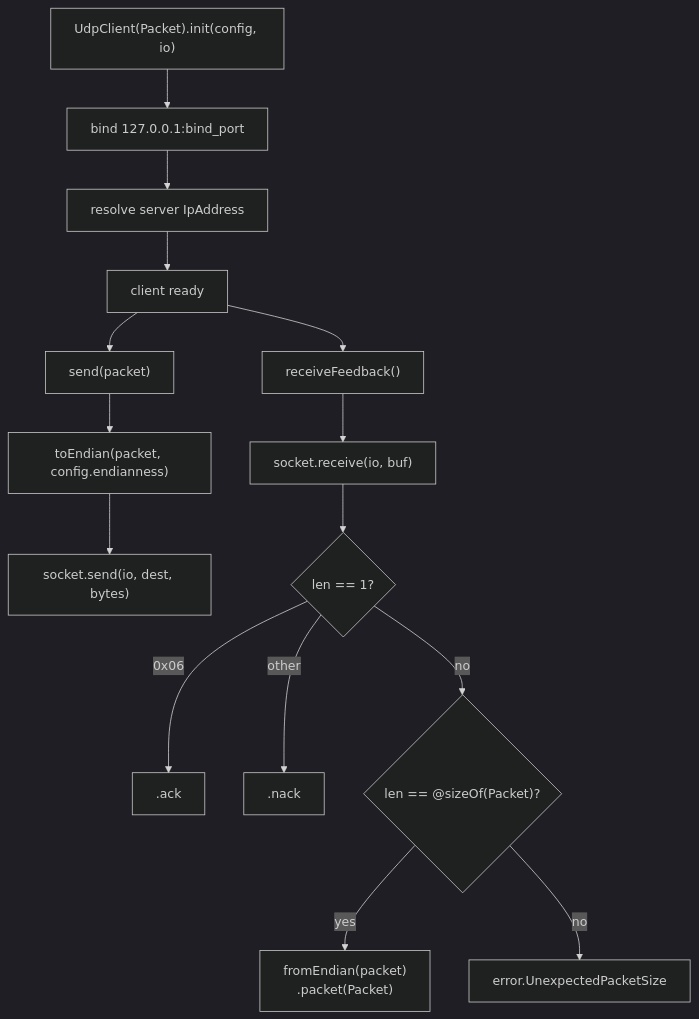
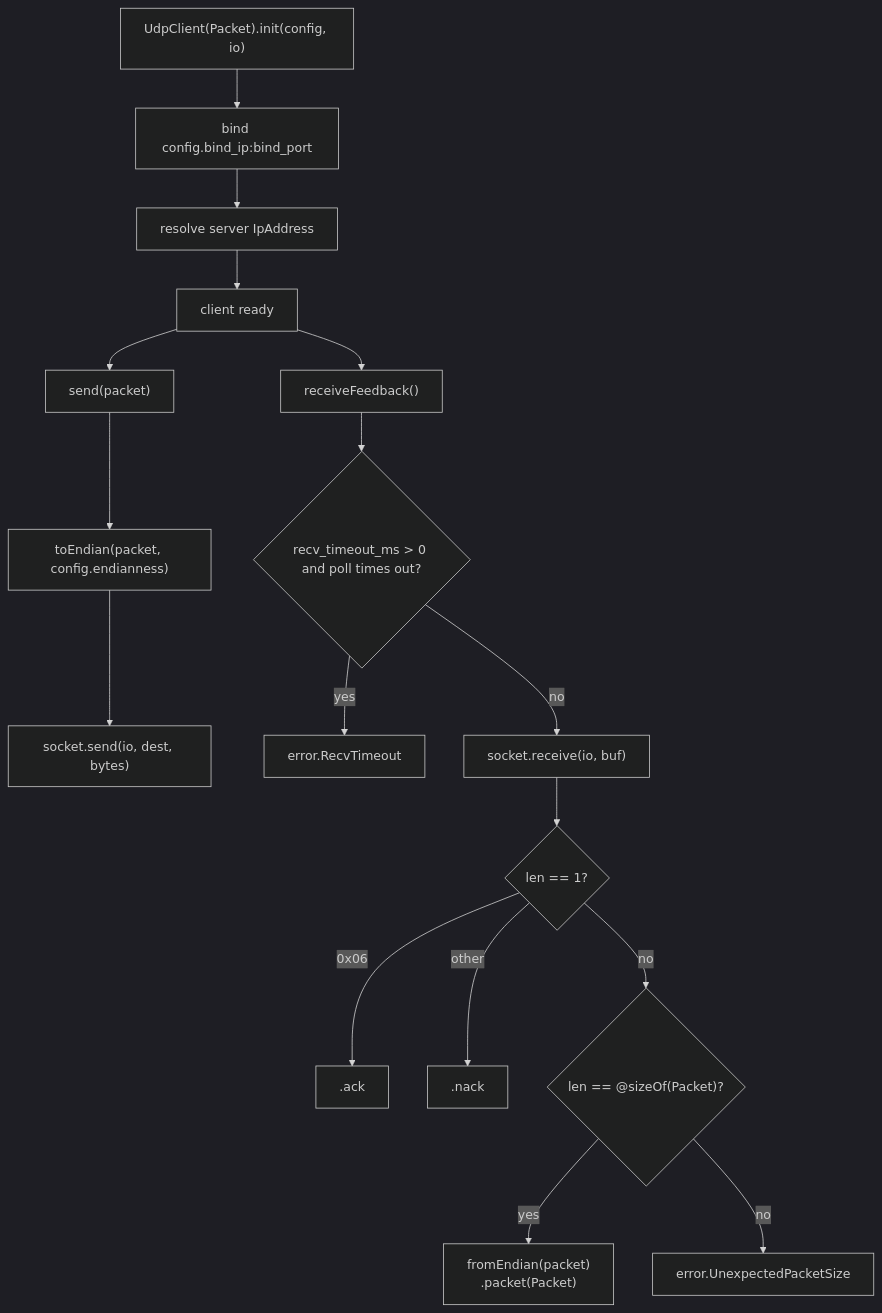
The second of 5 diagrams in docs/hld-udp-en.md (prothegee/zix), drawn with Mermaid (dark theme) before and after one commit. The commit also changed other lines of this file and 1 other file, not shown here.

Commit message:
fix stale UdpClientConfig in udp HLD
edited:
- rename server_ip to ip
- add bind_ip and recv_timeout_ms fields
- bind uses config.bind_ip, receiveFeedback poll path

````diff
--- a/docs/hld-udp-en.md
+++ b/docs/hld-udp-en.md
@@ -54,17 +54,19 @@
 ```mermaid
 flowchart TD
-    A["UdpClient(Packet).init(config, io)"] --> B["bind 127.0.0.1:bind_port"]
+    A["UdpClient(Packet).init(config, io)"] --> B["bind config.bind_ip:bind_port"]
     B --> C["resolve server IpAddress"]
     C --> D["client ready"]
     D --> E["send(packet)"]
     E --> F["toEndian(packet, config.endianness)"]
     F --> G["socket.send(io, dest, bytes)"]
     D --> H["receiveFeedback()"]
-    H --> I["socket.receive(io, buf)"]
+    H --> P{"recv_timeout_ms > 0 and poll times out?"}
+    P -->|yes| Q["error.RecvTimeout"]
+    P -->|no| I["socket.receive(io, buf)"]
     I --> J{"len == 1?"}
     J -->|0x06| K[".ack"]
     J -->|other| L[".nack"]
     J -->|no| M{"len == @sizeOf(Packet)?"}
     M -->|yes| N["fromEndian(packet)\n.packet(Packet)"]
     M -->|no| O["error.UnexpectedPacketSize"]
 ```
````
